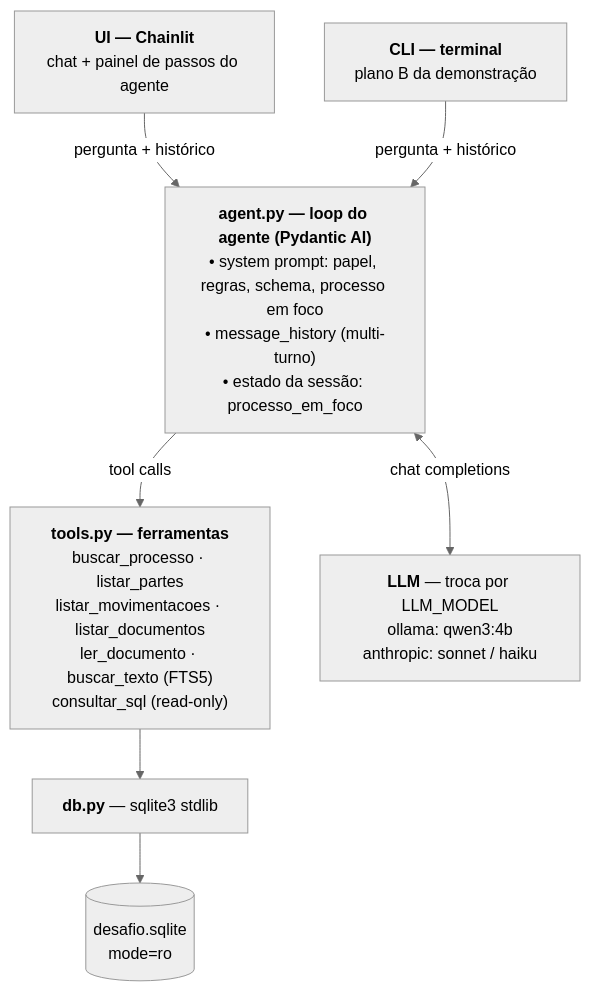
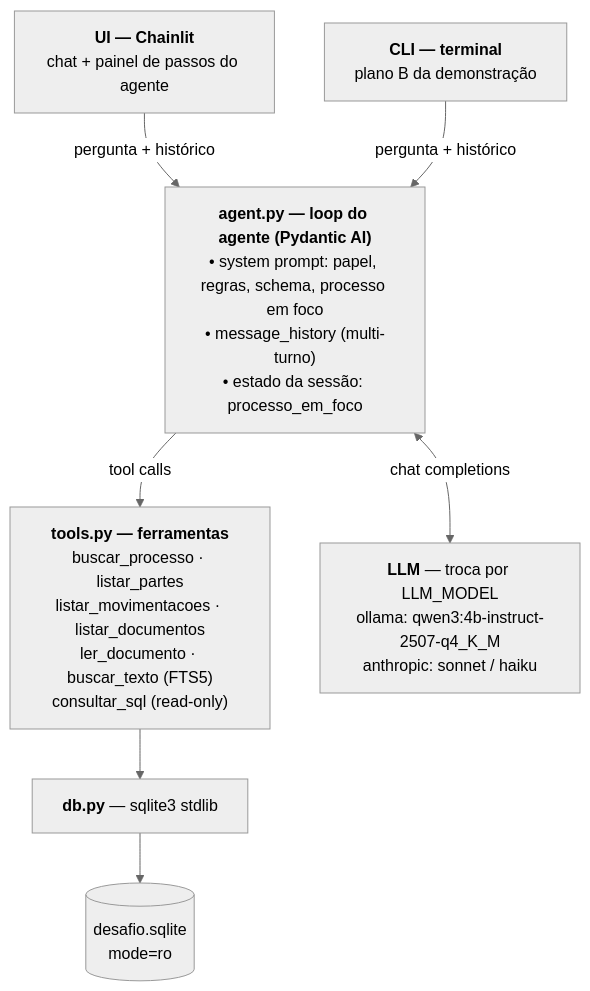
One commit to andrepiacentini/agente-juridico changed the second of 4 diagrams in docs/plan.md. Above: the diagram before and after it, drawn with Mermaid (neutral theme). The commit also changed other lines of this file and 7 other files, not shown here.

First line of the commit message:
chore(T1.2): modelo local qwen3:4b-instruct-2507

````diff
--- a/docs/plan.md
+++ b/docs/plan.md
@@ -190,16 +190,16 @@
 ```mermaid
 flowchart TB
     UI["<b>UI — Chainlit</b><br/>chat + painel de passos do agente"]
     CLI["<b>CLI — terminal</b><br/>plano B da demonstração"]
     AGENT["<b>agent.py — loop do agente (Pydantic AI)</b><br/>• system prompt: papel, regras, schema, processo em foco<br/>• message_history (multi-turno)<br/>• estado da sessão: processo_em_foco"]
     TOOLS["<b>tools.py — ferramentas</b><br/>buscar_processo · listar_partes<br/>listar_movimentacoes · listar_documentos<br/>ler_documento · buscar_texto (FTS5)<br/>consultar_sql (read-only)"]
-    LLM["<b>LLM</b> — troca por LLM_MODEL<br/>ollama: qwen3:4b<br/>anthropic: sonnet / haiku"]
+    LLM["<b>LLM</b> — troca por LLM_MODEL<br/>ollama: qwen3:4b-instruct-2507-q4_K_M<br/>anthropic: sonnet / haiku"]
     DBPY["<b>db.py</b> — sqlite3 stdlib"]
     DB[("desafio.sqlite<br/>mode=ro")]
 
     UI -->|pergunta + histórico| AGENT
     CLI -->|pergunta + histórico| AGENT
     AGENT <-->|chat completions| LLM
     AGENT -->|tool calls| TOOLS
     TOOLS --> DBPY --> DB
 ```
````
